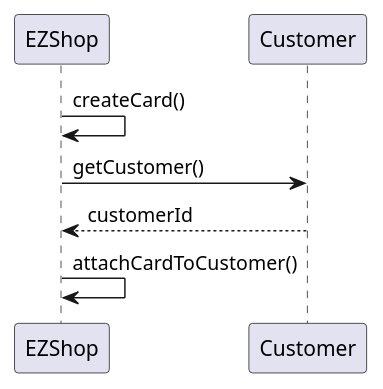
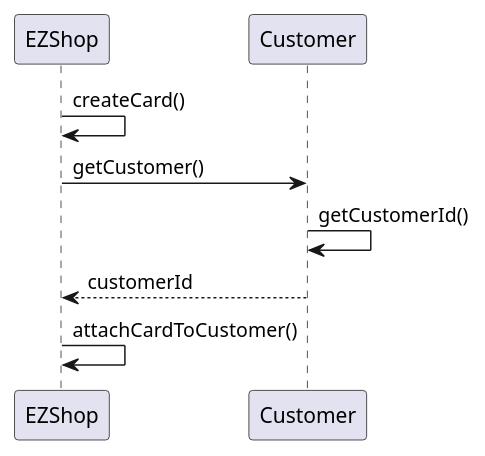
Before and after one commit to gioele-scaletta/EZShop-Software-Engineering-Project: the eighth of 15 diagrams in Deliverables/DesignDocument.md, drawn with PlantUML. The commit also changed other lines of this file, not shown here.

Commit message:
Update Sequence Diagram - Use Case 4

````diff
--- a/Deliverables/DesignDocument.md
+++ b/Deliverables/DesignDocument.md
@@ -373,6 +375,7 @@
 ```plantuml
 EZShop -> EZShop : createCard()
 EZShop ->Customer : getCustomer()
+Customer -> Customer : getCustomerId()
 Customer --> EZShop : customerId
 EZShop -> EZShop : attachCardToCustomer()
 ```
````
